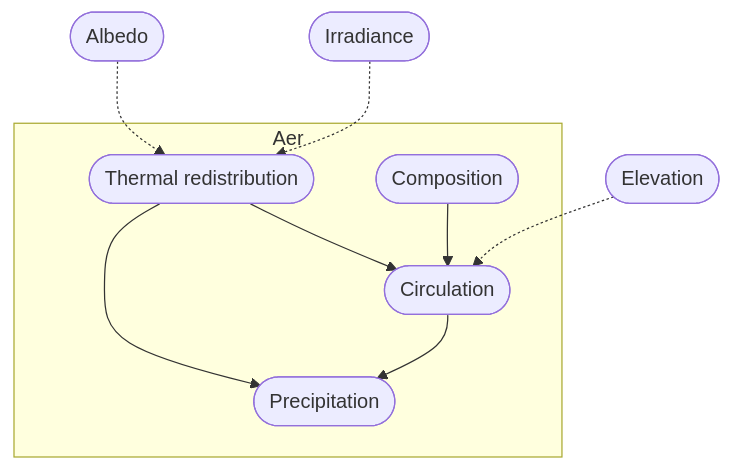
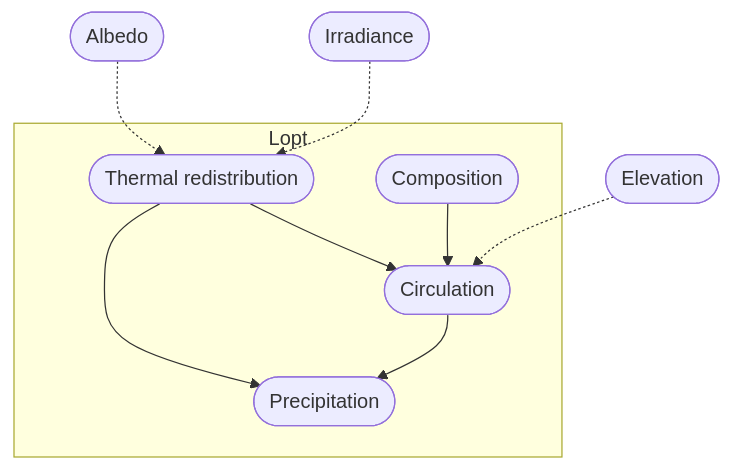
Before and after one commit to lagardej/mimameithr: the sixth of 8 diagrams in docs/concerns.adoc, drawn with Mermaid. The commit also changed other lines of this file and 3 other files, not shown here.

```diff
--- a/docs/concerns.adoc
+++ b/docs/concerns.adoc
@@ -469,22 +469,22 @@
 [mermaid]
 ....
 flowchart TB
-    subgraph Aer
+    subgraph Lopt
         ThermalRedistribution([Thermal redistribution])
         Circulation([Circulation])
         Composition([Composition])
         Precipitation([Precipitation])
     end
 
     Irradiance([Irradiance])
     Albedo([Albedo])
     Elevation([Elevation])
 
     Irradiance -.-> ThermalRedistribution
     Albedo -.-> ThermalRedistribution
     Elevation -.-> Circulation
     ThermalRedistribution --> Circulation
     ThermalRedistribution --> Precipitation
     Composition --> Circulation
     Circulation --> Precipitation
 ....
```
